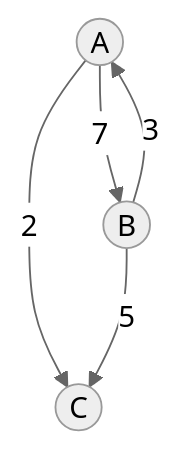
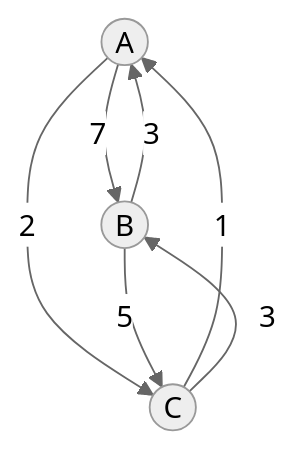
One commit to rabestro/test-mermaid changed the second of 2 diagrams in README.md. Above: the diagram before and after it, drawn with Mermaid (neutral theme).

````diff
--- a/README.md
+++ b/README.md
@@ -11,8 +11,9 @@
 ```mermaid
 flowchart TD
     A((A)) -->|7| B((B))
     A -->|2| C((C))
     B -->|3| A
     B -->|5| C
-    
+    C -->|1| A
+    C -->|3| B
 ```
````
